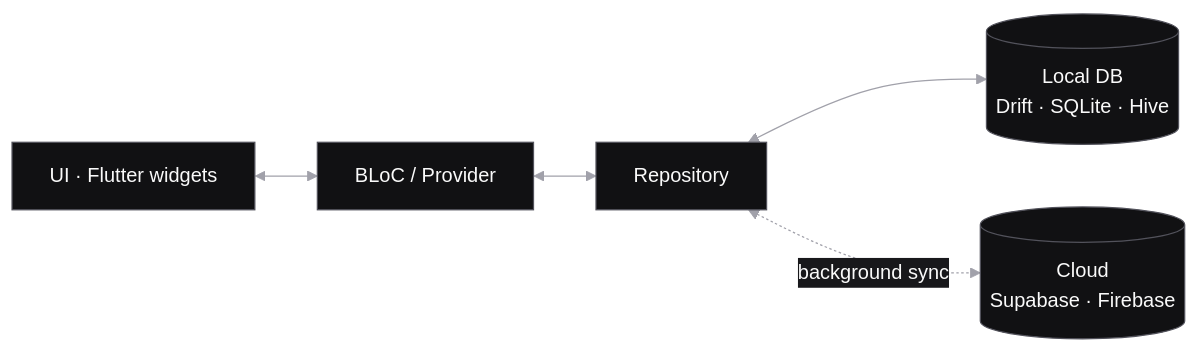
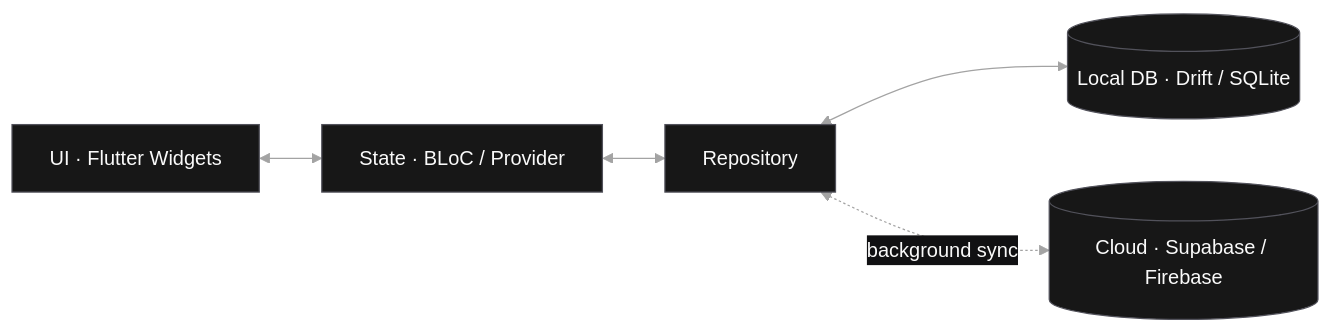
The diagram in README.md (swe-rabiaaziz/swe-rabiaaziz), drawn with Mermaid before and after one commit. The commit also changed other lines of this file and 22 other files, not shown here.

````diff
--- a/README.md
+++ b/README.md
@@ -116,8 +233,8 @@
 ```mermaid
-%%{init: {'theme':'base','themeVariables':{'primaryColor':'#111113','primaryTextColor':'#fafafa','primaryBorderColor':'#52525b','lineColor':'#a1a1aa','secondaryColor':'#18181b','tertiaryColor':'#09090b','fontFamily':'monospace'}}}%%
+%%{init: {'theme':'base','themeVariables':{'primaryColor':'#171717','primaryTextColor':'#fafafa','primaryBorderColor':'#52525b','lineColor':'#A3A3A3','secondaryColor':'#111113','tertiaryColor':'#0A0A0A','fontFamily':'monospace'}}}%%
 flowchart LR
-  UI["UI · Flutter widgets"] <--> SM["BLoC / Provider"]
+  UI["UI · Flutter Widgets"] <--> SM["State · BLoC / Provider"]
   SM <--> REPO["Repository"]
-  REPO <--> LOCAL[("Local DB<br/>Drift · SQLite · Hive")]
-  REPO <-. background sync .-> CLOUD[("Cloud<br/>Supabase · Firebase")]
+  REPO <--> LOCAL[("Local DB · Drift / SQLite")]
+  REPO <-. background sync .-> CLOUD[("Cloud · Supabase / Firebase")]
 ```
````
